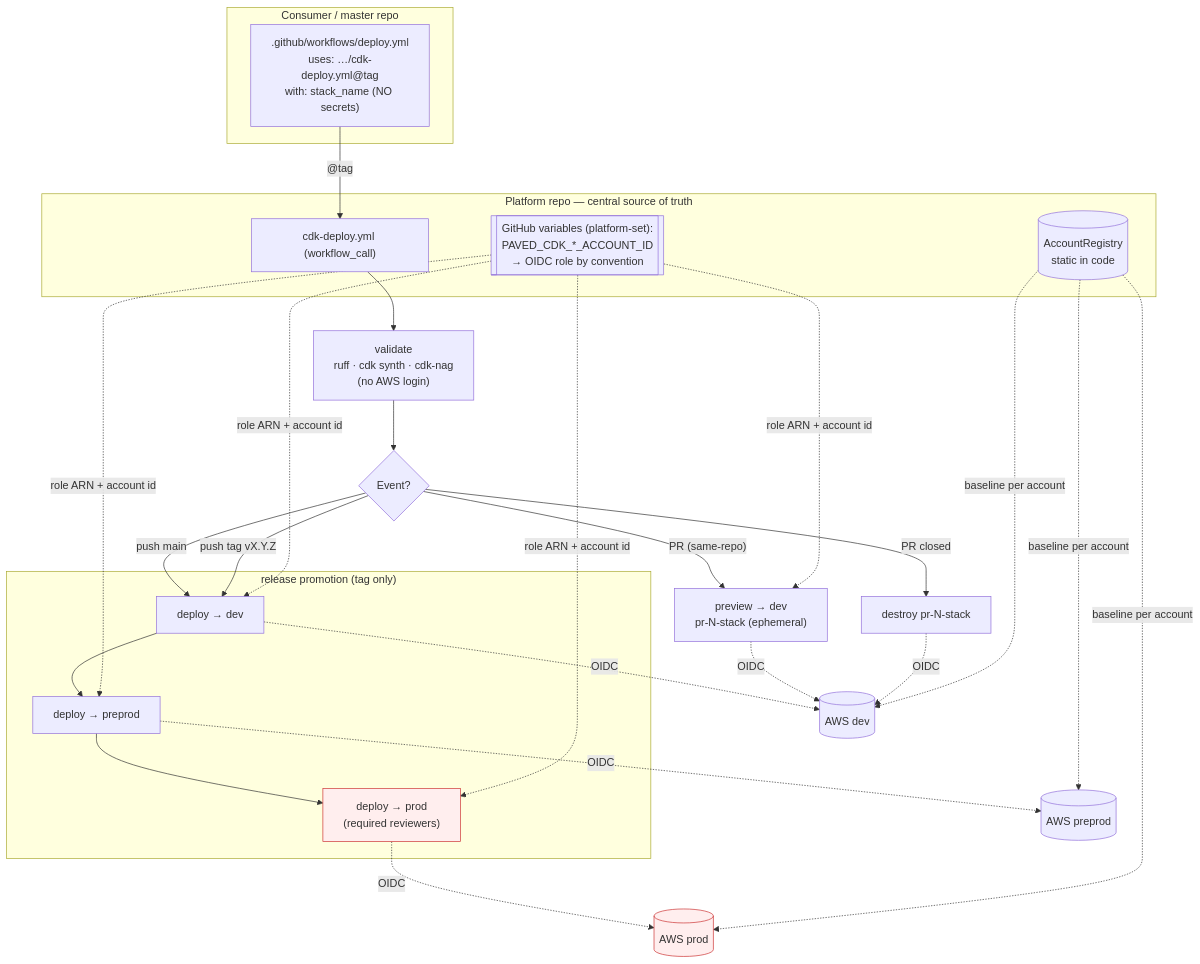
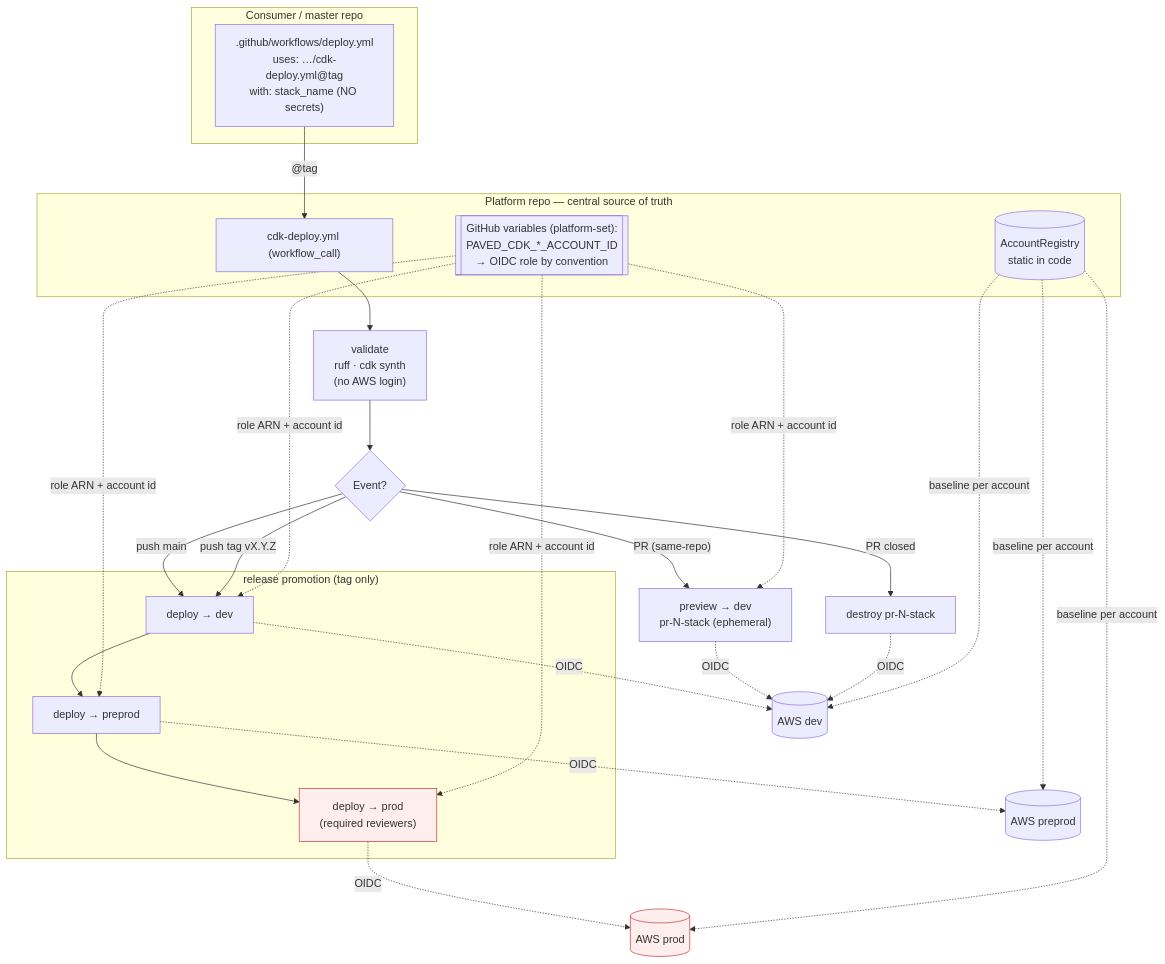
One commit to michaelfecher/paved-cdk changed the sixth of 10 diagrams in docs/architecture.md. Above: the diagram before and after it, drawn with Mermaid. The commit also changed other lines of this file and 23 other files, not shown here.

Commit message:
chore: remove cdk-nag (code, deps, pipeline, docs); keep boundary/tags/encryption guardrails (ADR 0005 amended)

````diff
--- a/docs/architecture.md
+++ b/docs/architecture.md
@@ -279,36 +277,36 @@
 ```mermaid
 flowchart TB
   subgraph consumer["Consumer / master repo"]
     THIN[".github/workflows/deploy.yml<br/>uses: …/cdk-deploy.yml@tag<br/>with: stack_name (NO secrets)"]
   end
 
   subgraph platform["Platform repo — central source of truth"]
     RW["cdk-deploy.yml (workflow_call)"]
     REG[(AccountRegistry<br/>static in code)]
     VARS[["GitHub variables (platform-set):<br/>PAVED_CDK_*_ACCOUNT_ID<br/>→ OIDC role by convention"]]
   end
 
   THIN -->|"@tag"| RW
-  RW --> V["validate<br/>ruff · cdk synth · cdk-nag<br/>(no AWS login)"]
+  RW --> V["validate<br/>ruff · cdk synth<br/>(no AWS login)"]
   V --> D{"Event?"}
 
   D -- "PR (same-repo)" --> PV["preview → dev<br/>pr-N-stack (ephemeral)"]
   D -- "PR closed" --> PD["destroy pr-N-stack"]
   D -- "push main" --> DEV
   D -- "push tag vX.Y.Z" --> DEV
 
   subgraph stages["release promotion (tag only)"]
     DEV["deploy → dev"] --> PRE["deploy → preprod"] --> PROD["deploy → prod<br/>(required reviewers)"]
   end
 
   PV -.OIDC.-> ADEV[(AWS dev)]
   PD -.OIDC.-> ADEV
   DEV -.OIDC.-> ADEV
   PRE -.OIDC.-> APRE[(AWS preprod)]
   PROD -.OIDC.-> APROD[(AWS prod)]
   VARS -.role ARN + account id.-> DEV & PRE & PROD & PV
   REG -.baseline per account.-> ADEV & APRE & APROD
 
   classDef prod fill:#fee,stroke:#c33
   class PROD,APROD prod
 ```
````
